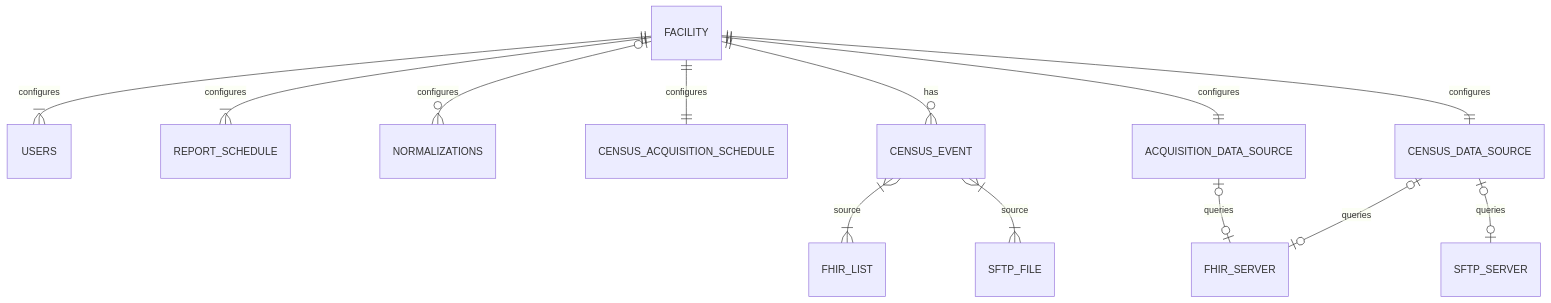
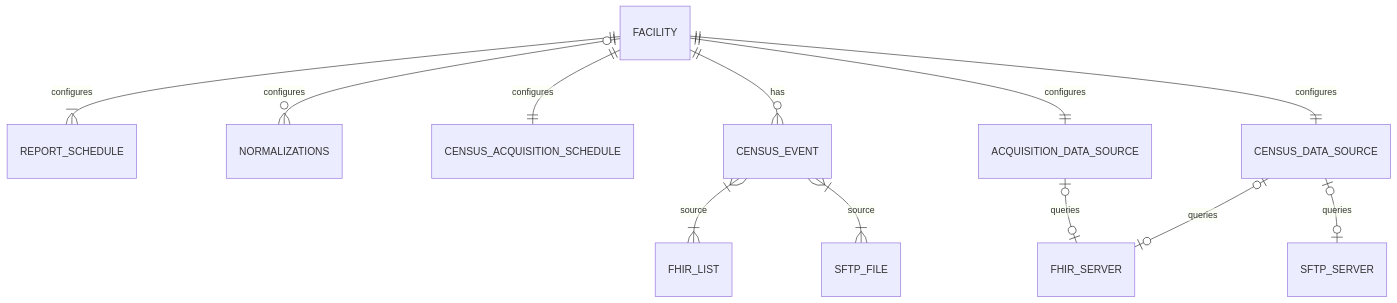
The first of 7 diagrams in docs/docs/proposals/tenant-multi-facility-proposal.mdx (lantanagroup/link-cloud), drawn with Mermaid before and after one commit. The commit also changed other lines of this file and 14 other files, not shown here.

Commit message:
Updates to the event schema and proposal.

````diff
--- a/docs/docs/proposals/tenant-multi-facility-proposal.mdx
+++ b/docs/docs/proposals/tenant-multi-facility-proposal.mdx
@@ -16,15 +16,14 @@
 ```mermaid
 erDiagram
-	FACILITY||--|{USERS:"configures"
 	FACILITY||--|{REPORT_SCHEDULE:"configures"
 	FACILITY|o--o{NORMALIZATIONS:"configures"
 	FACILITY||--||CENSUS_ACQUISITION_SCHEDULE:"configures"
 	FACILITY||--o{CENSUS_EVENT:"has"
 	FACILITY||--||ACQUISITION_DATA_SOURCE:"configures"
 	CENSUS_EVENT}|--|{FHIR_LIST:"source"
 	CENSUS_EVENT}|--|{SFTP_FILE:"source"
 	FACILITY||--||CENSUS_DATA_SOURCE:"configures"
 	CENSUS_DATA_SOURCE|o--o|FHIR_SERVER:"queries"
 	CENSUS_DATA_SOURCE|o--o|SFTP_SERVER:"queries"
 	ACQUISITION_DATA_SOURCE|o--o|FHIR_SERVER:"queries"
 ```
````
